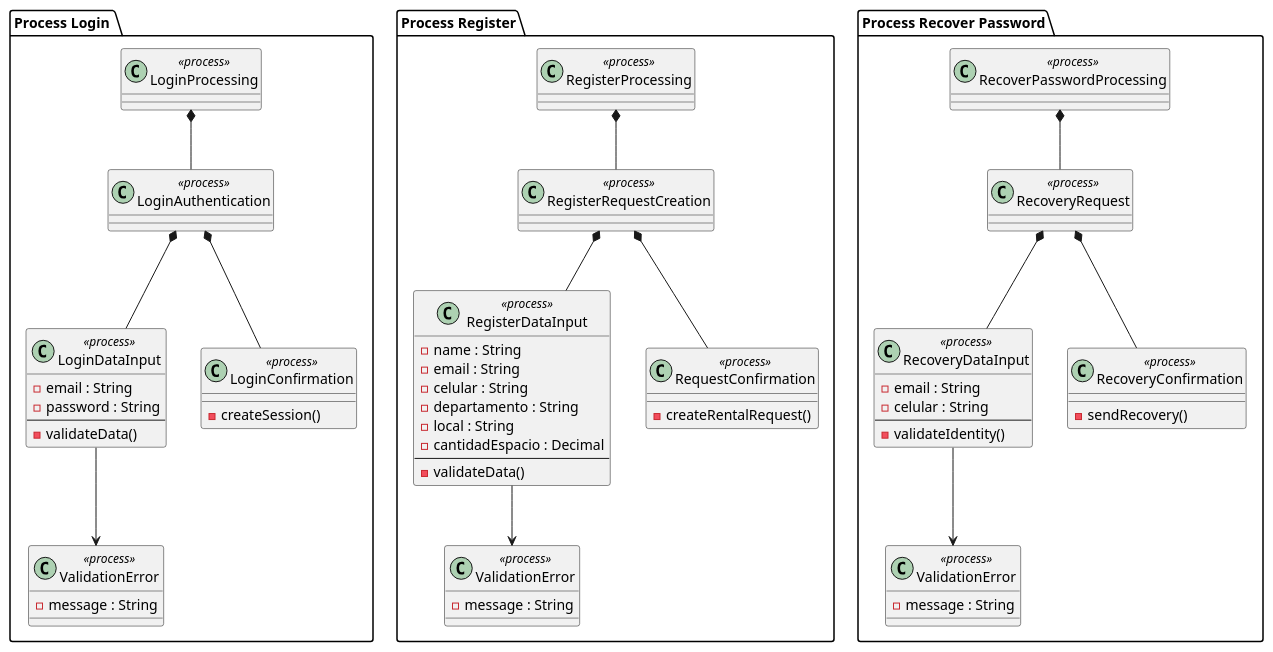
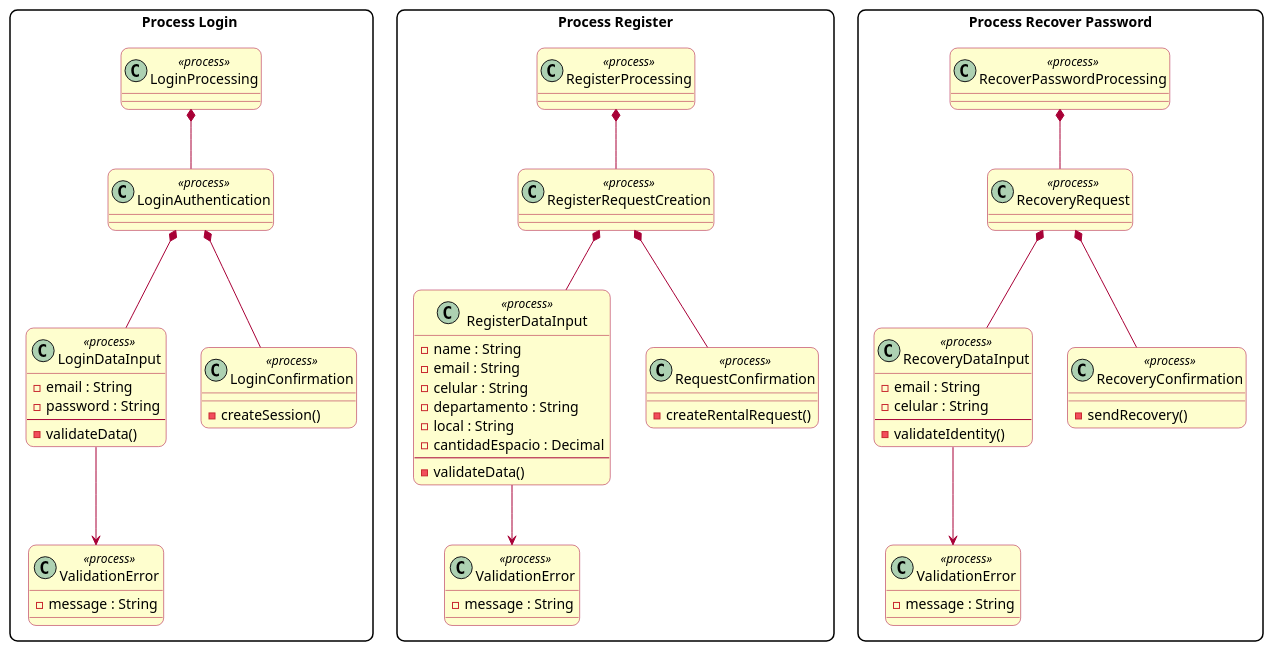
One commit to AtomicDevelopers/UWE-Tienda-Colectiva changed the diagram in Process Model/entrepenuer/login_process_model.puml. Above: the diagram before and after it, drawn with PlantUML. The commit also changed 7 other files, not shown here.

```diff
--- a/Process Model/entrepenuer/login_process_model.puml
+++ b/Process Model/entrepenuer/login_process_model.puml
@@ -1,105 +1,115 @@
 @startuml login_process_model
+
+skinparam shadow false
+skinparam packageStyle rectangle
+skinparam roundCorner 15
+skinparam class {
+  BackgroundColor #FEFECE
+  BorderColor #A80036
+  ArrowColor #A80036
+}
+
 package "Process Login " {
 
   ' ----- Proceso principal -----
   class "LoginProcessing" <<process>> {
   }
 
   ' ----- Subproceso -----
   class "LoginAuthentication" <<process>> {
   }
 
   ' ----- Entrada de datos -----
   class "LoginDataInput" <<process>> {
     -email : String
     -password : String
     --
     -validateData()
   }
 
   ' ----- Confirmación -----
   class "LoginConfirmation" <<process>> {
     -createSession()
   }
 
   ' ----- Error -----
   class "ValidationError" <<process>> {
     -message : String
   }
 
   ' ----- Relaciones estructurales -----
   LoginProcessing *-- LoginAuthentication
   LoginAuthentication *-- LoginDataInput
   LoginAuthentication *-- LoginConfirmation
   LoginDataInput --> ValidationError
 }
 
 
 
 package "Process Register" {
 
   class "RegisterProcessing" <<process>> {
   }
 
   class "RegisterRequestCreation" <<process>> {
   }
 
   class "RegisterDataInput" <<process>> {
     -name : String
     -email : String
     -celular : String
     -departamento : String
     -local : String
     -cantidadEspacio : Decimal
     --
     -validateData()
   }
 
   class "RequestConfirmation" <<process>> {
     -createRentalRequest()
   }
 
   class "ValidationError" <<process>> {
     -message : String
   }
 
   ' Estructura
   RegisterProcessing *-- RegisterRequestCreation
   RegisterRequestCreation *-- RegisterDataInput
   RegisterRequestCreation *-- RequestConfirmation
   RegisterDataInput --> ValidationError
 }
 
 package "Process Recover Password" {
 
   class "RecoverPasswordProcessing" <<process>> {
   }
 
   class "RecoveryRequest" <<process>> {
   }
 
   class "RecoveryDataInput" <<process>> {
     -email : String
     -celular : String
     --
     -validateIdentity()
   }
 
   class "RecoveryConfirmation" <<process>> {
     -sendRecovery()
   }
 
   class "ValidationError" <<process>> {
     -message : String
   }
 
   ' Estructura
   RecoverPasswordProcessing *-- RecoveryRequest
   RecoveryRequest *-- RecoveryDataInput
   RecoveryRequest *-- RecoveryConfirmation
   RecoveryDataInput --> ValidationError
 }
 
 
 
 @enduml
```
